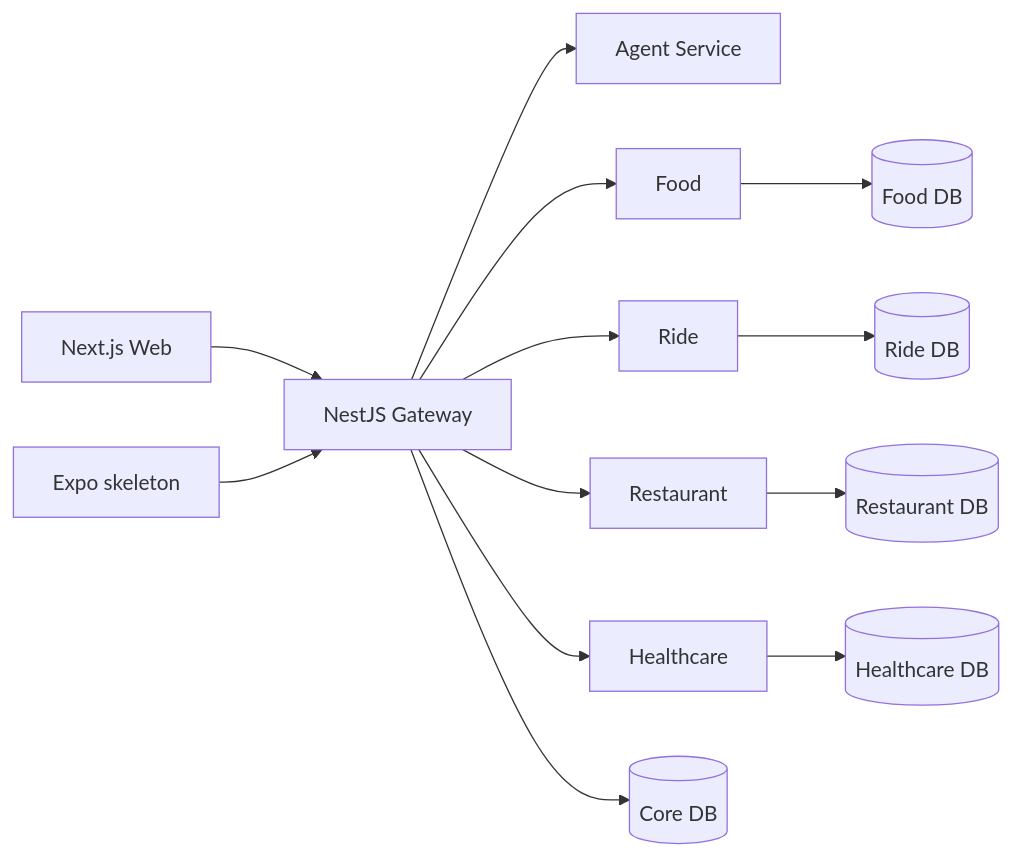
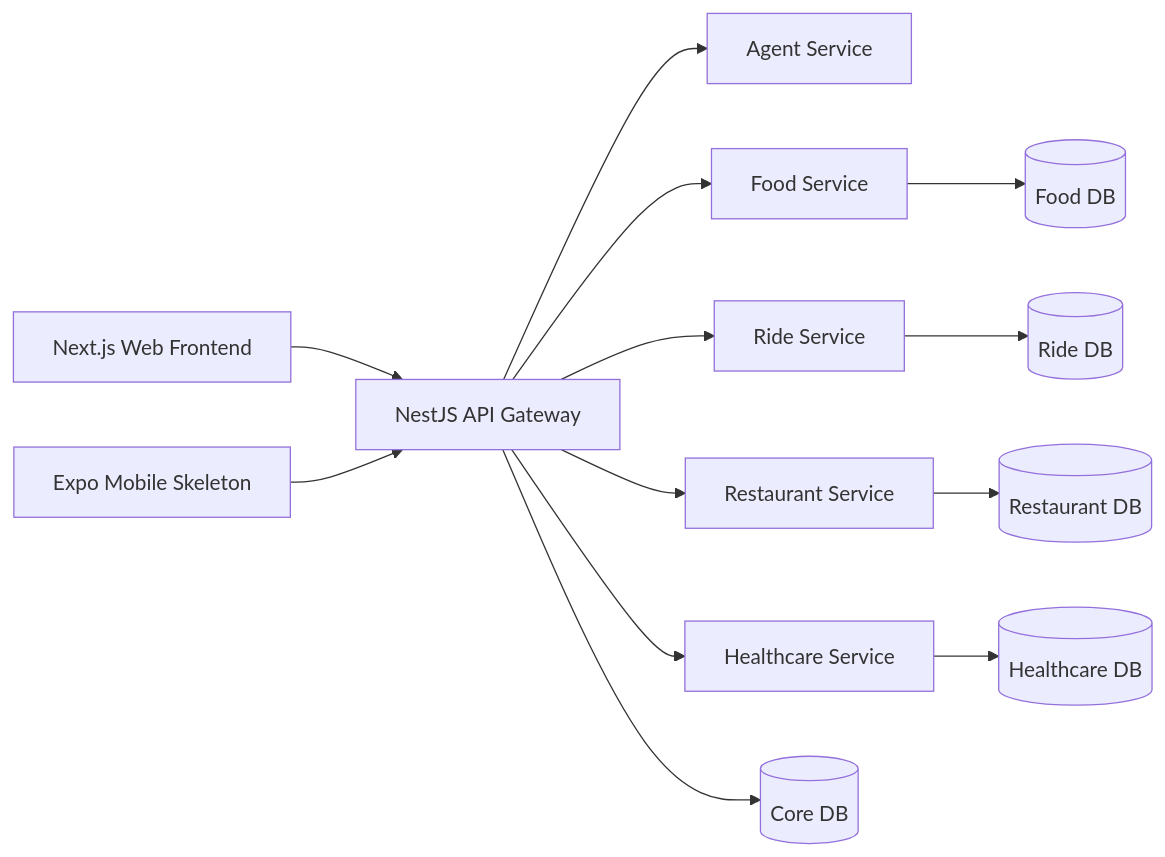
One commit to codecuatai/P-018 changed the diagram in README.md. Above: the diagram before and after it, drawn with Mermaid. The commit also changed other lines of this file and 71 other files, not shown here.

````diff
--- a/README.md
+++ b/README.md
@@ -29,15 +33,15 @@
 ```mermaid
 flowchart LR
-  Web[Next.js Web] --> Gateway[NestJS Gateway]
-  Mobile[Expo skeleton] --> Gateway
+  Web[Next.js Web Frontend] --> Gateway[NestJS API Gateway]
+  Mobile[Expo Mobile Skeleton] --> Gateway
   Gateway --> Agent[Agent Service]
-  Gateway --> Food[Food]
-  Gateway --> Ride[Ride]
-  Gateway --> Restaurant[Restaurant]
-  Gateway --> Healthcare[Healthcare]
+  Gateway --> Food[Food Service]
+  Gateway --> Ride[Ride Service]
+  Gateway --> Restaurant[Restaurant Service]
+  Gateway --> Healthcare[Healthcare Service]
   Gateway --> CoreDB[(Core DB)]
   Food --> FoodDB[(Food DB)]
   Ride --> RideDB[(Ride DB)]
   Restaurant --> RestaurantDB[(Restaurant DB)]
   Healthcare --> HealthcareDB[(Healthcare DB)]
 ```
````
